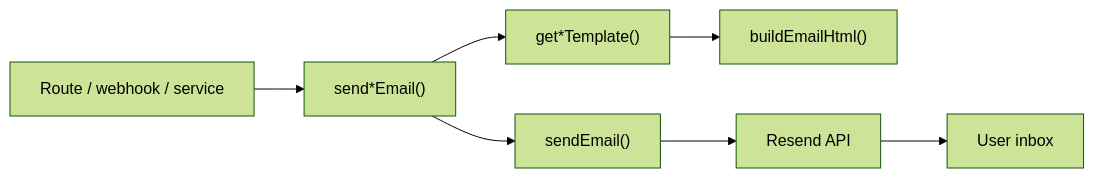
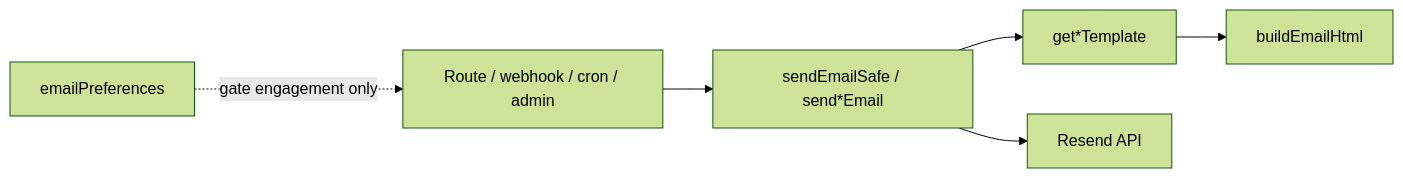
The diagram in docs/architecture/TRANSACTIONAL_EMAILS.md (txufiknr/Twistloom-backend), drawn with Mermaid (forest theme) before and after one commit. The commit also changed other lines of this file and 33 other files, not shown here.

Commit message:
chore(auth): admin users, email roadmap docs & implementation

````diff
--- a/docs/architecture/TRANSACTIONAL_EMAILS.md
+++ b/docs/architecture/TRANSACTIONAL_EMAILS.md
@@ -38,9 +37,8 @@
 ```mermaid
 flowchart LR
-  Trigger["Route / webhook / service"] --> PublicFn["send*Email()"]
-  PublicFn --> Template["get*Template()"]
-  Template --> Layout["buildEmailHtml()"]
-  PublicFn --> Helper["sendEmail()"]
-  Helper --> Resend["Resend API"]
-  Resend --> Inbox["User inbox"]
+  Trigger["Route / webhook / cron / admin"] --> Safe["sendEmailSafe / send*Email"]
+  Safe --> Template["get*Template"]
+  Template --> Layout["buildEmailHtml"]
+  Safe --> Resend["Resend API"]
+  Prefs["emailPreferences"] -.->|gate engagement only| Trigger
 ```
````
